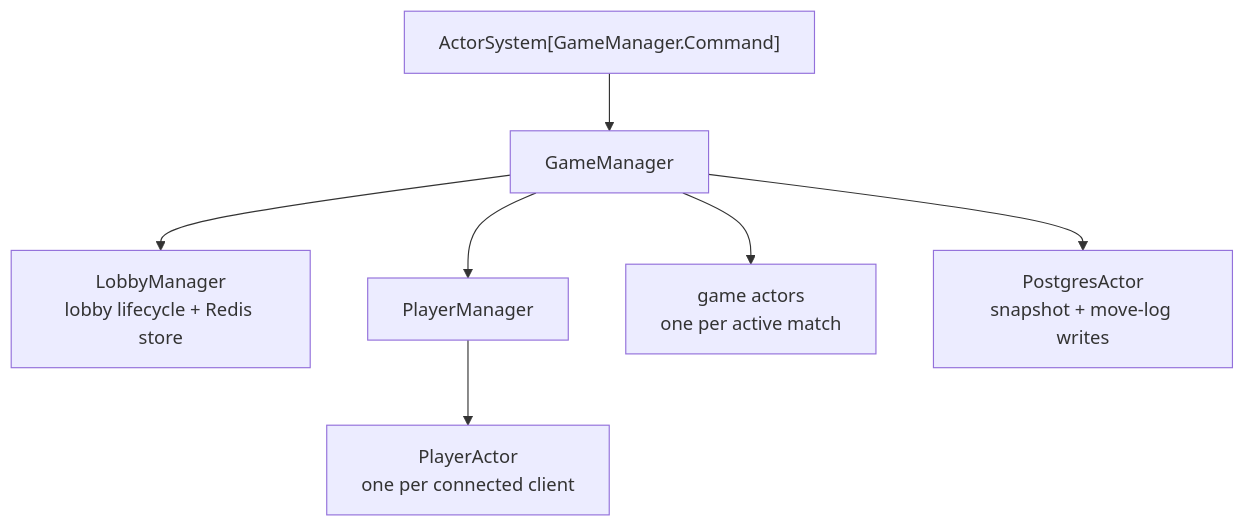
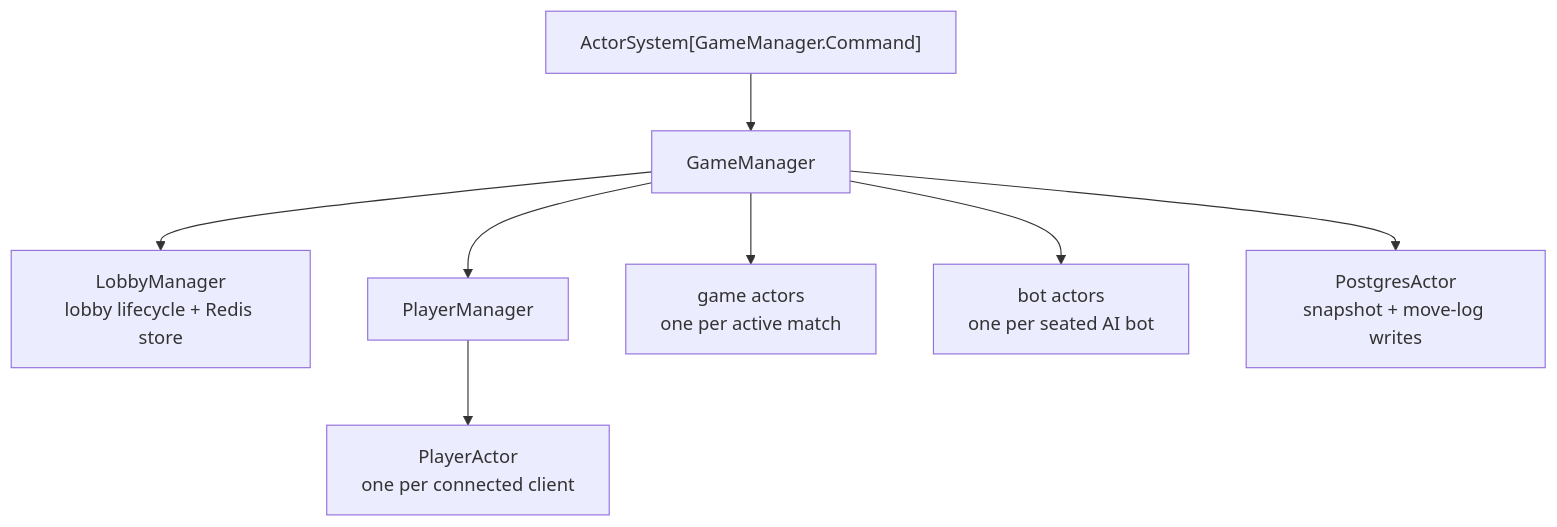
Before and after one commit to andy327/pekko-game-service: the first of 3 diagrams in README.md, drawn with Mermaid. The commit also changed other lines of this file and 2 other files, not shown here.

````diff
--- a/README.md
+++ b/README.md
@@ -255,9 +260,10 @@
 ```mermaid
 graph TD
     AS["ActorSystem[GameManager.Command]"] --> GM[GameManager]
     GM --> LM["LobbyManager<br/>lobby lifecycle + Redis store"]
     GM --> PM[PlayerManager]
     GM --> GA["game actors<br/>one per active match"]
+    GM --> BA["bot actors<br/>one per seated AI bot"]
     GM --> PG["PostgresActor<br/>snapshot + move-log writes"]
     PM --> PA["PlayerActor<br/>one per connected client"]
 ```
````
